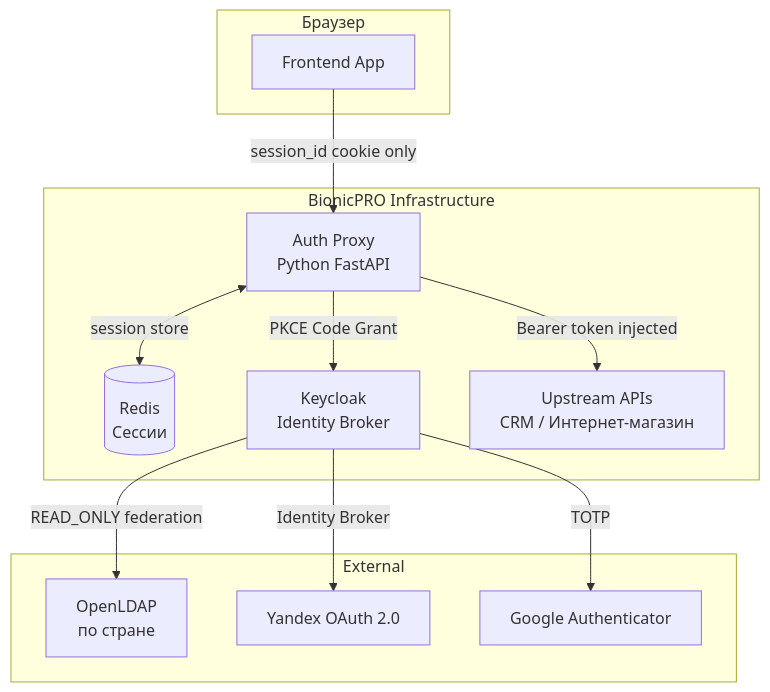
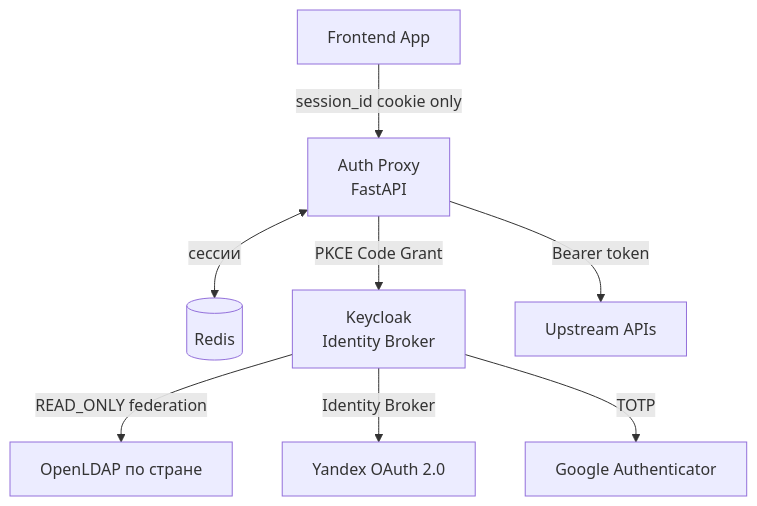
The second of 2 diagrams in Task1/README.md (lunaticenslaved/architecture-bionicpro), drawn with Mermaid before and after one commit. The commit also changed other lines of this file and 6 other files, not shown here.

````diff
--- a/Task1/README.md
+++ b/Task1/README.md
@@ -194,27 +75,10 @@
 ```mermaid
 graph TD
-    subgraph Браузер
-        B[Frontend App]
-    end
-
-    subgraph BionicPRO Infrastructure
-        P[Auth Proxy\nPython FastAPI]
-        R[(Redis\nСессии)]
-        KC[Keycloak\nIdentity Broker]
-        API[Upstream APIs\nCRM / Интернет-магазин]
-    end
-
-    subgraph External
-        LDAP[OpenLDAP\nпо стране]
-        YA[Yandex OAuth 2.0]
-        MFA[Google Authenticator]
-    end
-
-    B -->|session_id cookie only| P
-    P <-->|session store| R
-    P -->|PKCE Code Grant| KC
-    P -->|Bearer token injected| API
-    KC -->|READ_ONLY federation| LDAP
-    KC -->|Identity Broker| YA
-    KC -->|TOTP| MFA
+    B[Frontend App] -->|session_id cookie only| P[Auth Proxy<br/>FastAPI]
+    P <-->|сессии| R[(Redis)]
+    P -->|PKCE Code Grant| KC[Keycloak<br/>Identity Broker]
+    P -->|Bearer token| API[Upstream APIs]
+    KC -->|READ_ONLY federation| LDAP[OpenLDAP по стране]
+    KC -->|Identity Broker| YA[Yandex OAuth 2.0]
+    KC -->|TOTP| MFA[Google Authenticator]
 ```
````
